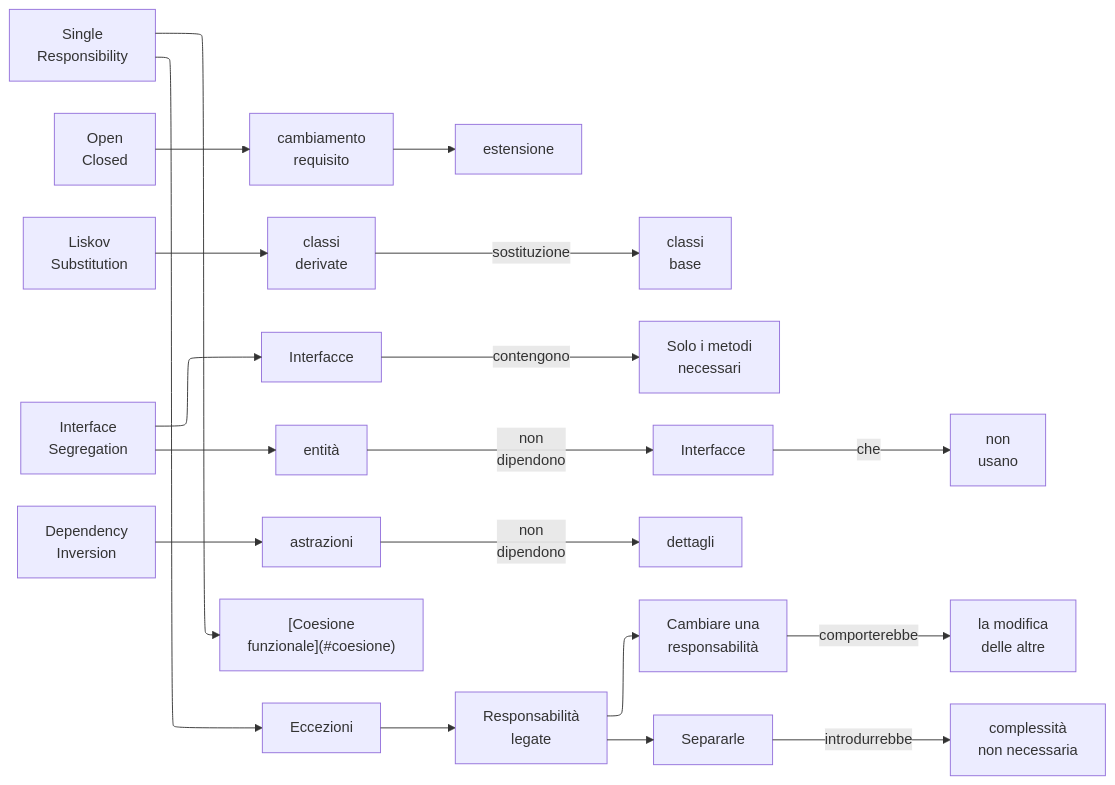
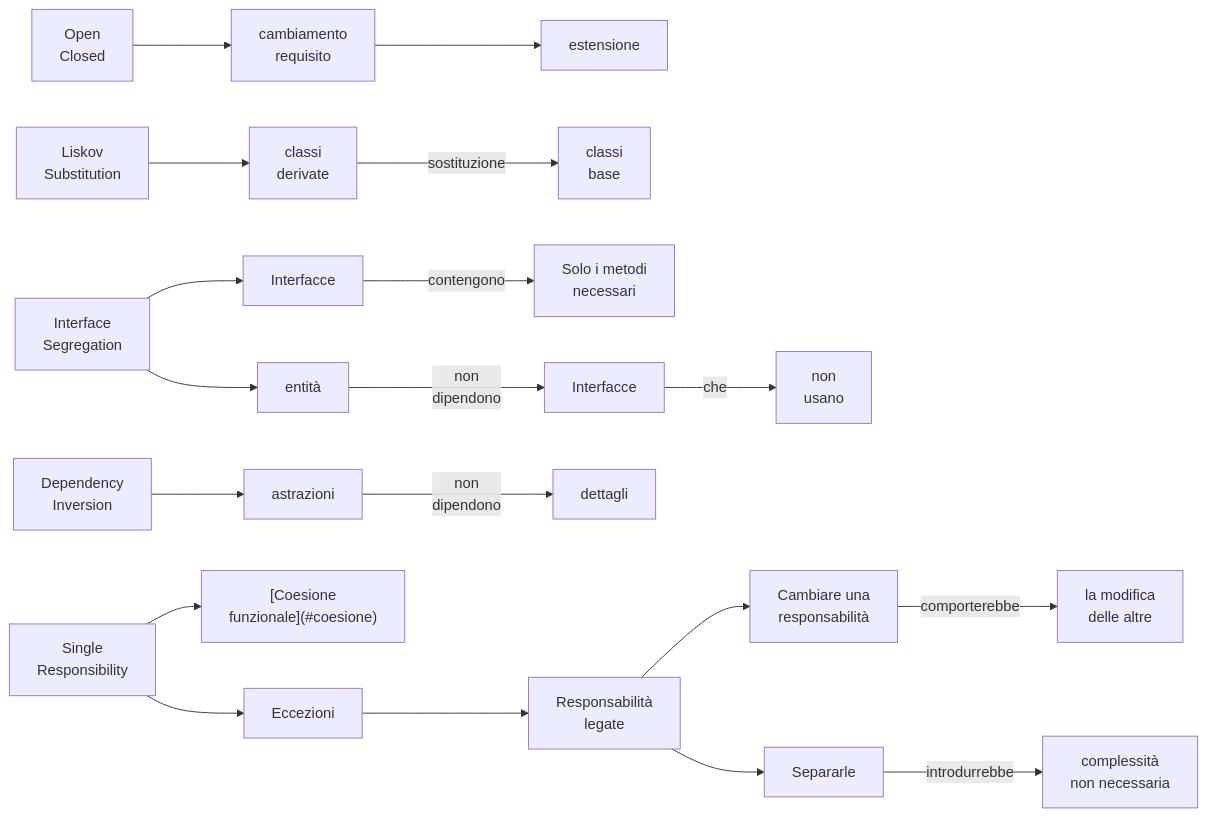
Before and after one commit to Firi0n/appunti-unipi: the seventh of 8 diagrams in src/content/docs/software_engineering/Progettazione/principi_progettazione.md, drawn with Mermaid. The commit also changed other lines of this file and 12 other files, not shown here.

````diff
--- a/src/content/docs/software_engineering/Progettazione/principi_progettazione.md
+++ b/src/content/docs/software_engineering/Progettazione/principi_progettazione.md
@@ -146,43 +118,36 @@
 ```mermaid
----
-config:
-    layout: elk
-    elk: {
-        forceNodeModelOrder: true
-    }
----
 graph LR
 S["Single
 Responsibility"]
 O["Open
 Closed"]
 L["Liskov
 Substitution"]
 I["Interface
 Segregation"]
 D["Dependency
 Inversion"]
 
 O --> CR["cambiamento
 requisito"] --> estensione
 L --> CD["classi
 derivate"] -- sostituzione --> CB["classi
 base"]
 I --> Interfacce -- contengono --> MN["Solo i metodi
 necessari"]
 I --> I_ent["entità"] -- "non
 dipendono" --> In["Interfacce"] -- che --> nu["non
 usano"]
 D --> astrazioni -- "non
 dipendono" --> dettagli
 
 S --> CF["[Coesione
 funzionale](#coesione)"]
 S --> Eccezioni --> RL["Responsabilità
 legate"]
 RL --> NC["Cambiare una
 responsabilità"] -- comporterebbe --> ma["la modifica
 delle altre"]
 RL --> Separarle -- introdurrebbe --> CNN["complessità
 non necessaria"]
 ```
````
